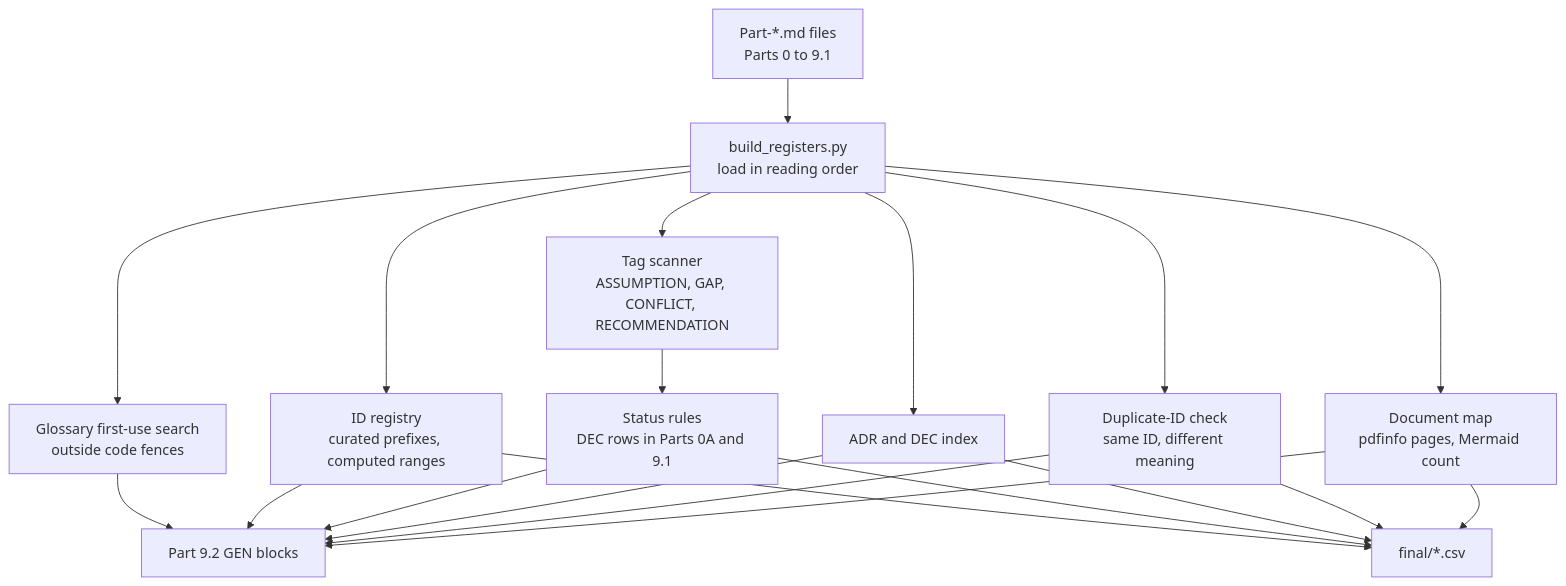
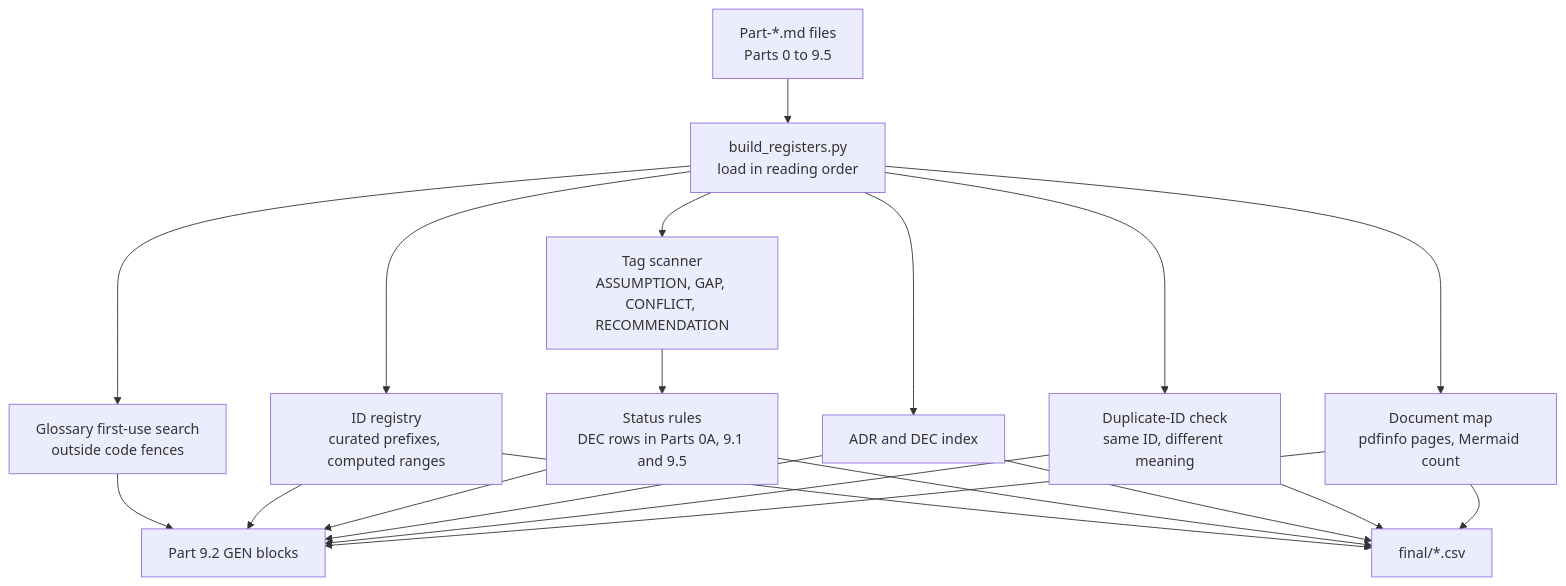
The diagram in blueprint/Part-09-2_Glossary_and_Registers.md (vishnukeerthi0428-ctrl/Allinonecalculator), drawn with Mermaid before and after one commit. The commit also changed other lines of this file and 11 other files, not shown here.

First line of the commit message:
Add Part 8.4 cost model: development (one-time) separated from subscriptions/running (recurring); DEC-229; front matter updated

````diff
--- a/blueprint/Part-09-2_Glossary_and_Registers.md
+++ b/blueprint/Part-09-2_Glossary_and_Registers.md
@@ -21,22 +21,22 @@
 ```mermaid
 flowchart TD
-    A["Part-*.md files<br/>Parts 0 to 9.1"] --> B["build_registers.py<br/>load in reading order"]
+    A["Part-*.md files<br/>Parts 0 to 9.5"] --> B["build_registers.py<br/>load in reading order"]
     B --> C["Glossary first-use search<br/>outside code fences"]
     B --> D["ID registry<br/>curated prefixes, computed ranges"]
     B --> E["Tag scanner<br/>ASSUMPTION, GAP, CONFLICT, RECOMMENDATION"]
-    E --> F["Status rules<br/>DEC rows in Parts 0A and 9.1"]
+    E --> F["Status rules<br/>DEC rows in Parts 0A, 9.1 and 9.5"]
     B --> G["ADR and DEC index"]
     B --> H["Duplicate-ID check<br/>same ID, different meaning"]
     B --> I["Document map<br/>pdfinfo pages, Mermaid count"]
     C --> J["Part 9.2 GEN blocks"]
     D --> J
     F --> J
     G --> J
     H --> J
     I --> J
     D --> K["final/*.csv"]
     F --> K
     G --> K
     H --> K
     I --> K
 ```
````
